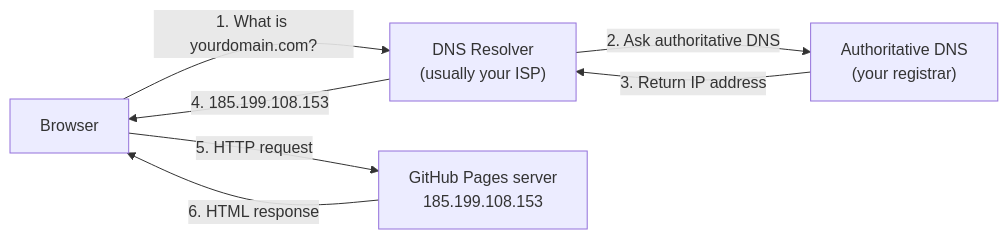
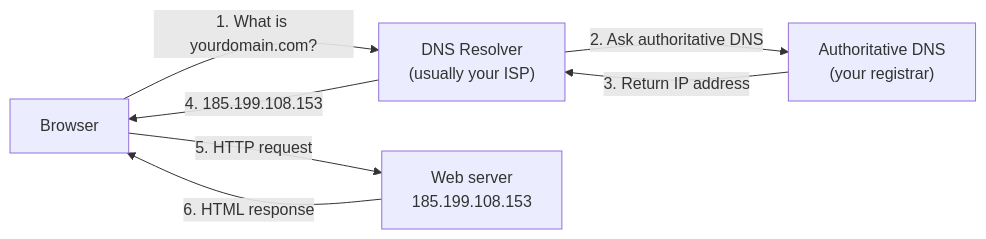
One commit to kevinju0827/Web-Zero-to-One changed the diagram in M16Deployment/README.md. Above: the diagram before and after it, drawn with Mermaid. The commit also changed other lines of this file and 2 other files, not shown here.

````diff
--- a/M16Deployment/README.md
+++ b/M16Deployment/README.md
@@ -161,13 +105,13 @@
 ```mermaid
 graph LR
     B["Browser"]
     R["DNS Resolver\n(usually your ISP)"]
     A["Authoritative DNS\n(your registrar)"]
-    S["GitHub Pages server\n185.199.108.153"]
+    S["Web server\n185.199.108.153"]
     B -->|"1. What is yourdomain.com?"| R
     R -->|"2. Ask authoritative DNS"| A
     A -->|"3. Return IP address"| R
     R -->|"4. 185.199.108.153"| B
     B -->|"5. HTTP request"| S
     S -->|"6. HTML response"| B
 ```
````
